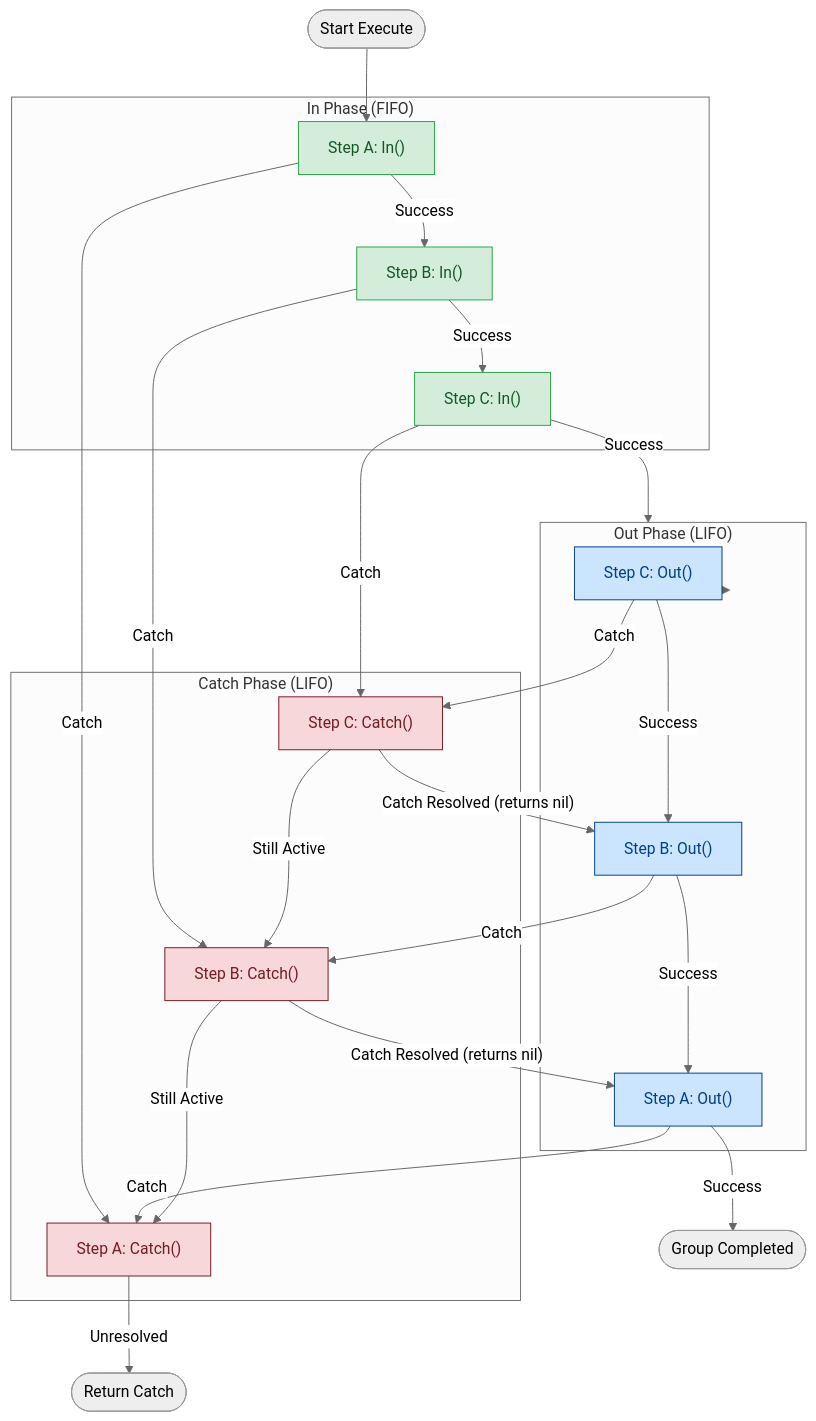
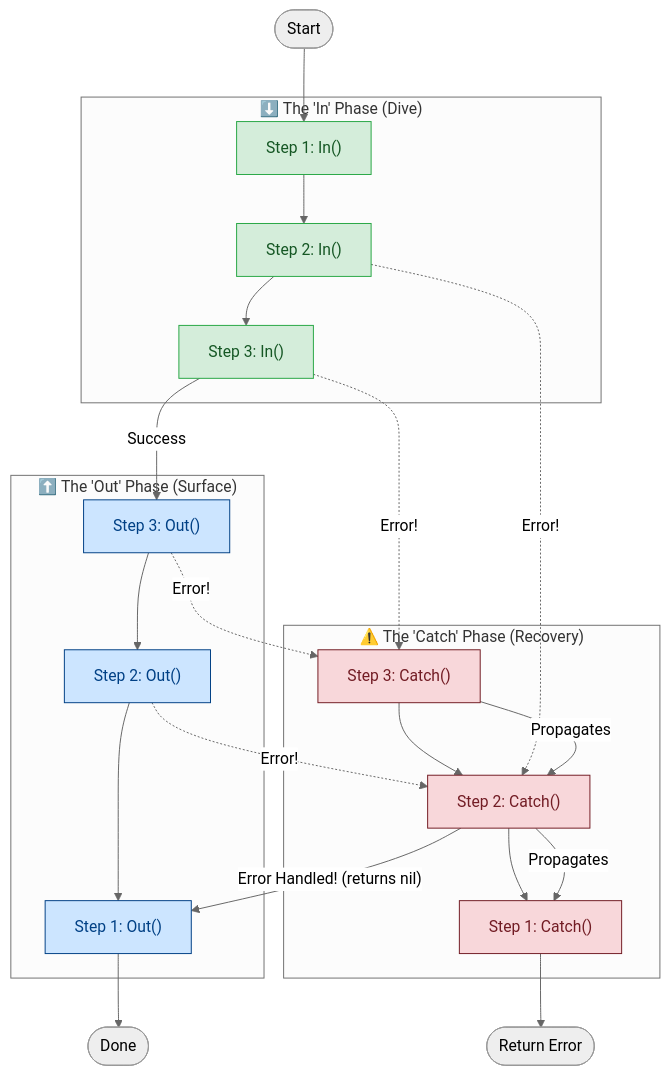
Before and after one commit to nedcg/uflow: the diagram in README.md, drawn with Mermaid (neutral theme). The commit also changed other lines of this file, not shown here.

Commit message:
docs: rewrite README to emphasize U-Shape execution model and add step-by-step examples

````diff
--- a/README.md
+++ b/README.md
@@ -31,61 +24,43 @@
 ```mermaid
 graph TD
-    %% Define styles
-    classDef enter fill:#d4edda,stroke:#28a745,color:#155724;
-    classDef leave fill:#cce5ff,stroke:#004085,color:#004085;
+    %% Styling
+    classDef in fill:#d4edda,stroke:#28a745,color:#155724;
+    classDef out fill:#cce5ff,stroke:#004085,color:#004085;
     classDef err fill:#f8d7da,stroke:#721c24,color:#721c24;
 
-    Start([Start Execute]) --> E1
+    Start([Start]) --> I1
+    
+    subgraph "⬇️ The 'In' Phase (Dive)"
+        I1["Step 1: In()"] --> I2["Step 2: In()"] --> I3["Step 3: In()"]
+    end
+    
+    subgraph "⬆️ The 'Out' Phase (Surface)"
+        O3["Step 3: Out()"] --> O2["Step 2: Out()"] --> O1["Step 1: Out()"]
+    end
 
-    %% In Phase
-    subgraph EnterPhase ["In Phase (FIFO)"]
-        E1["Step A: In()"]
-        E2["Step B: In()"]
-        E3["Step C: In()"]
+    subgraph "⚠️ The 'Catch' Phase (Recovery)"
+        C3["Step 3: Catch()"] --> C2["Step 2: Catch()"] --> C1["Step 1: Catch()"]
     end
-    class E1,E2,E3 enter;
 
-    E1 -- Success --> E2
-    E2 -- Success --> E3
-    E3 -- Success --> LeavePhase
-
-    %% Out Phase
-    subgraph LeavePhase ["Out Phase (LIFO)"]
-        L3["Step C: Out()"]
-        L2["Step B: Out()"]
-        L1["Step A: Out()"]
-    end
-    class L3,L2,L1 leave;
-
-    LeavePhase --> L3
-    L3 -- Success --> L2
-    L2 -- Success --> L1
-    L1 -- Success --> End([Group Completed])
-
-    %% Catch Phase
-    subgraph ErrorPhase ["Catch Phase (LIFO)"]
-        Err3["Step C: Catch()"]
-        Err2["Step B: Catch()"]
-        Err1["Step A: Catch()"]
-    end
-    class Err3,Err2,Err1 err;
-
-    %% In Errors
-    E1 -- Catch --> Err1
-    E2 -- Catch --> Err2
-    E3 -- Catch --> Err3
-
-    %% Out Errors
-    L3 -- Catch --> Err3
-    L2 -- Catch --> Err2
-    L1 -- Catch --> Err1
+    I3 -- "Success" --> O3
+    
+    %% Error Routing
+    I2 -. "Error!" .-> C2
+    I3 -. "Error!" .-> C3
+    O3 -. "Error!" .-> C3
+    O2 -. "Error!" .-> C2
 
     %% Catch Traversal
-    Err3 -- "Still Active" --> Err2
-    Err2 -- "Still Active" --> Err1
-    Err1 -- "Unresolved" --> ReturnErr([Return Catch])
+    C3 -- "Propagates" --> C2
+    C2 -- "Propagates" --> C1
+    
+    %% Recovery
+    C2 -- "Error Handled! (returns nil)" --> O1
 
-    %% Recovery
-    Err2 -- "Catch Resolved (returns nil)" --> L1
-    Err3 -- "Catch Resolved (returns nil)" --> L2
+    O1 --> Done([Done])
+    C1 --> Fail([Return Error])
+
+    class I1,I2,I3 in;
+    class O1,O2,O3 out;
+    class C1,C2,C3 err;
 ```
````
